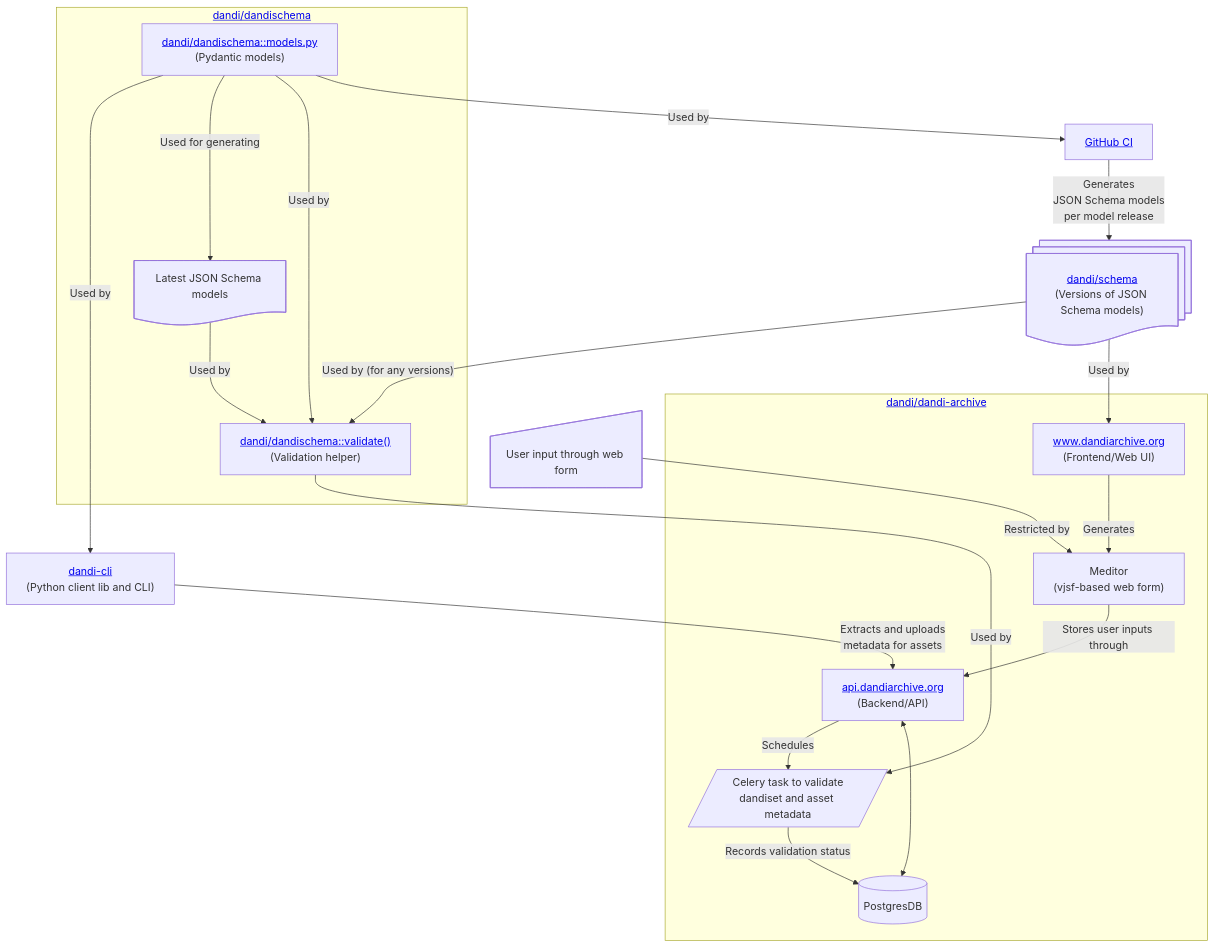
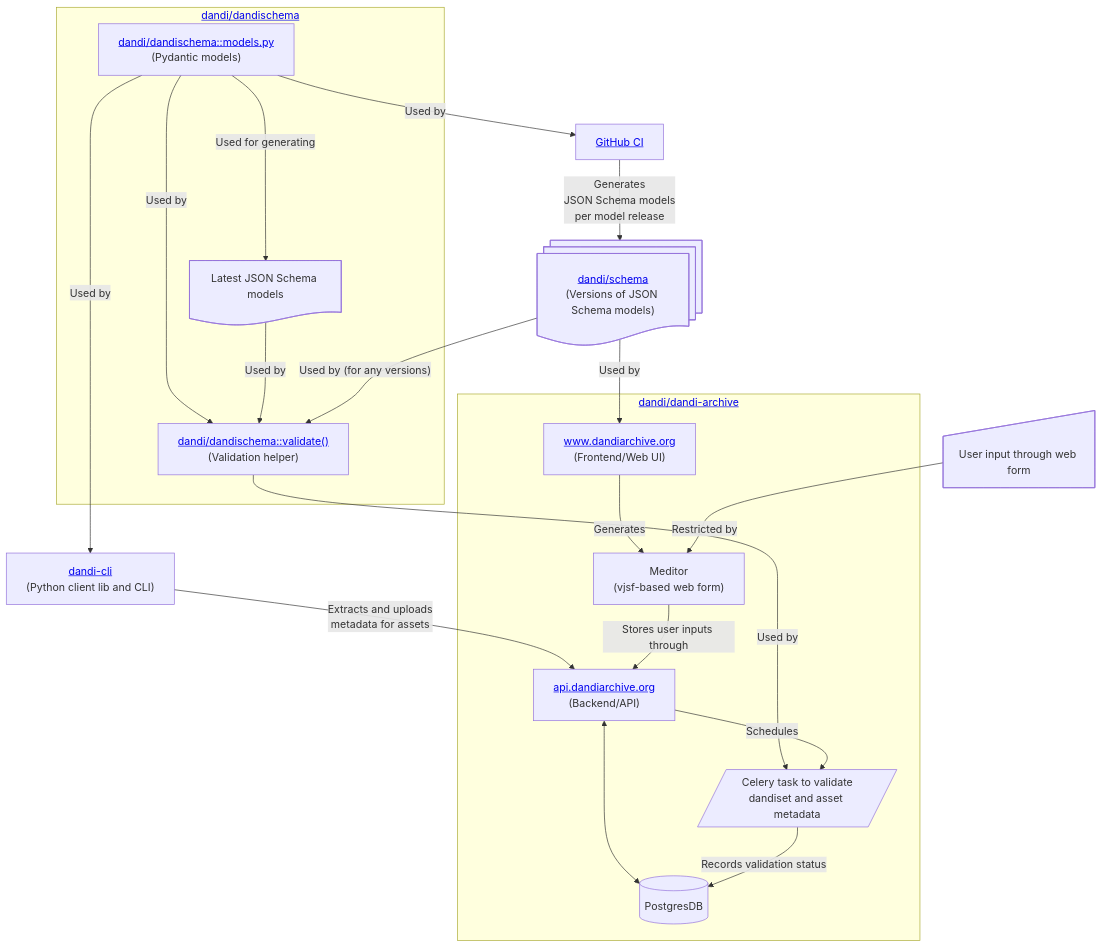
Before and after one commit to candleindark/dandi-models-mermaid: the diagram in dandi-models.mmd, drawn with Mermaid. The commit also changed other lines of this file, not shown here.

Commit message:
Reorganized with hierarchical layout with mermaid chart

```diff
--- a/dandi-models.mmd
+++ b/dandi-models.mmd
@@ -1,43 +1,40 @@
+---
+config:
+  layout: dagre
+---
 flowchart TD
-    %% nodes
-    dandi_json["<a href='https://github.com/dandi/schema'>dandi/schema</a><br/>(Versions of JSON Schema models)"]@{ shape: docs }
-    dandi_cli["<a href='https://github.com/dandi/dandi-cli'>dandi-cli</a><br/>(Python client lib and CLI)"]
-    ci[<a href='https://github.com/dandi/dandi-schema/blob/master/.github/workflows/release.yml'>GitHub CI</a>]
-    web_input["User input through web form"]@{ shape: manual-input }
-
-    subgraph "<a href='https://github.com/dandi/dandi-schema'>dandi/dandischema</a>"
-        %% nodes
-        dandi_pydantic["<a href='https://github.com/dandi/dandi-schema/blob/master/dandischema/models.py'>dandi/dandischema::models.py</a><br/>(Pydantic models)"]
-        dandi_validate["<a href='https://github.com/dandi/dandi-schema/blob/c3007768e002c9f51ea37b5e6b3628f7f7f20943/dandischema/metadata.py#L195'>dandi/dandischema::validate()</a><br/>(Validation helper)"]
-        dandi_json_runtime[Latest JSON Schema models]@{ shape: doc }
-    end
-
-    subgraph "<a href='https://github.com/dandi/dandi-archive'>dandi/dandi-archive</a>"
-        %% nodes
-        dandi_archive_db[(PostgresDB)]
-        dandi_archive_backend["<a href='https://api.dandiarchive.org'>api.dandiarchive.org</a><br/>(Backend/API)"]
-        dandi_archive_frontend["<a href='https://www.dandiarchive.org'>www.dandiarchive.org</a><br/>(Frontend/Web UI)"]
-        meditor["Meditor<br/>(vjsf-based web form)"]
-        dandi_archive_validate[/Celery task to validate<br/>dandiset and asset metadata/]
-    end
-
-    %% --- edges ---
-    dandi_pydantic -->|Used by| dandi_cli
-    dandi_pydantic -->|Used for generating| dandi_json_runtime -->|Used by| dandi_validate
-    dandi_pydantic -->|Used by| dandi_validate
-    dandi_pydantic -->|Used by| ci -->|Generates<br/> JSON Schema models<br/> per model release| dandi_json
-
-    dandi_json -->|"Used by (for any versions)"| dandi_validate
-    dandi_json -->|Used by| dandi_archive_frontend
-
-    dandi_validate -->|Used by| dandi_archive_validate
-
-    dandi_archive_backend --> |Schedules| dandi_archive_validate
-    dandi_archive_backend <--->  dandi_archive_db
-
-    dandi_cli --> |Extracts and uploads<br/>metadata for assets| dandi_archive_backend
-
-    dandi_archive_frontend --> |Generates| meditor
-    web_input --> | Restricted by| meditor
-    meditor --> |Stores user inputs through| dandi_archive_backend
-    dandi_archive_validate --> |Records validation status| dandi_archive_db
+ subgraph subGraph0["<a href=https://github.com/dandi/dandi-schema>dandi/dandischema</a>"]
+        dandi_pydantic@{ label: "<a href=\"https://github.com/dandi/dandi-schema/blob/master/dandischema/models.py\">dandi/dandischema::models.py</a><br>(Pydantic models)" }
+        dandi_validate@{ label: "<a href=\"https://github.com/dandi/dandi-schema/blob/c3007768e002c9f51ea37b5e6b3628f7f7f20943/dandischema/metadata.py#L195\">dandi/dandischema::validate()</a><br>(Validation helper)" }
+        dandi_json_runtime["Latest JSON Schema models"]
+  end
+ subgraph subGraph1["<a href=https://github.com/dandi/dandi-archive>dandi/dandi-archive</a>"]
+        dandi_archive_db[("PostgresDB")]
+        dandi_archive_backend@{ label: "<a href=\"https://api.dandiarchive.org\">api.dandiarchive.org</a><br>(Backend/API)" }
+        dandi_archive_frontend@{ label: "<a href=\"https://www.dandiarchive.org\">www.dandiarchive.org</a><br>(Frontend/Web UI)" }
+        meditor["Meditor<br>(vjsf-based web form)"]
+        dandi_archive_validate[/"Celery task to validate<br>dandiset and asset metadata"/]
+  end
+    dandi_pydantic -- Used by --> dandi_cli@{ label: "<a href=\"https://github.com/dandi/dandi-cli\">dandi-cli</a><br>(Python client lib and CLI)" } & dandi_validate & ci@{ label: "<a href=\"https://github.com/dandi/dandi-schema/blob/master/.github/workflows/release.yml\">GitHub CI</a>" }
+    dandi_pydantic -- Used for generating --> dandi_json_runtime
+    dandi_json_runtime -- Used by --> dandi_validate
+    ci -- Generates<br> JSON Schema models<br> per model release --> dandi_json@{ label: "<a href=\"https://github.com/dandi/schema\">dandi/schema</a><br>(Versions of JSON Schema models)" }
+    dandi_json -- Used by (for any versions) --> dandi_validate
+    dandi_json -- Used by --> dandi_archive_frontend
+    dandi_validate -- Used by --> dandi_archive_validate
+    dandi_archive_backend -- Schedules --> dandi_archive_validate
+    dandi_archive_backend <---> dandi_archive_db
+    dandi_cli -- Extracts and uploads<br>metadata for assets --> dandi_archive_backend
+    dandi_archive_frontend -- Generates --> meditor
+    web_input["User input through web form"] -- Restricted by --> meditor
+    meditor -- Stores user inputs through --> dandi_archive_backend
+    dandi_archive_validate -- Records validation status --> dandi_archive_db
+    dandi_json@{ shape: docs}
+    dandi_cli@{ shape: rect}
+    ci@{ shape: rect}
+    web_input@{ shape: manual-input}
+    dandi_pydantic@{ shape: rect}
+    dandi_validate@{ shape: rect}
+    dandi_json_runtime@{ shape: doc}
+    dandi_archive_backend@{ shape: rect}
+    dandi_archive_frontend@{ shape: rect}
```
